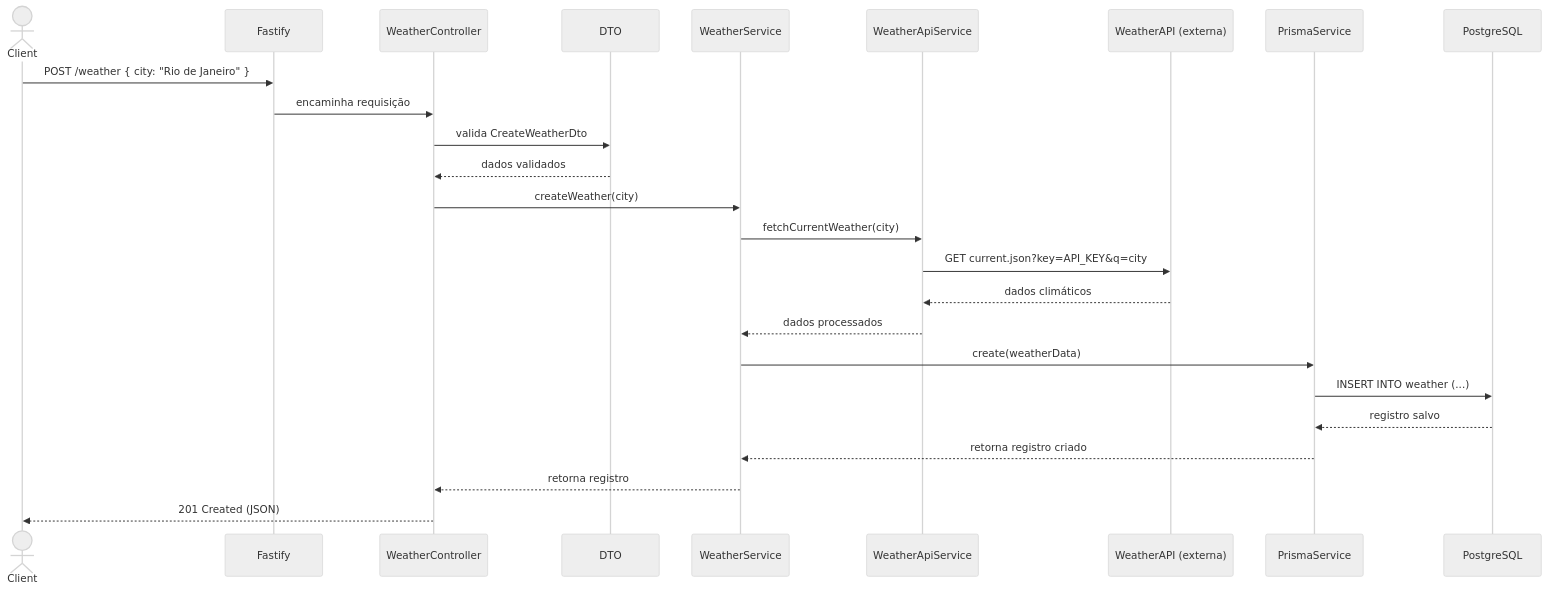
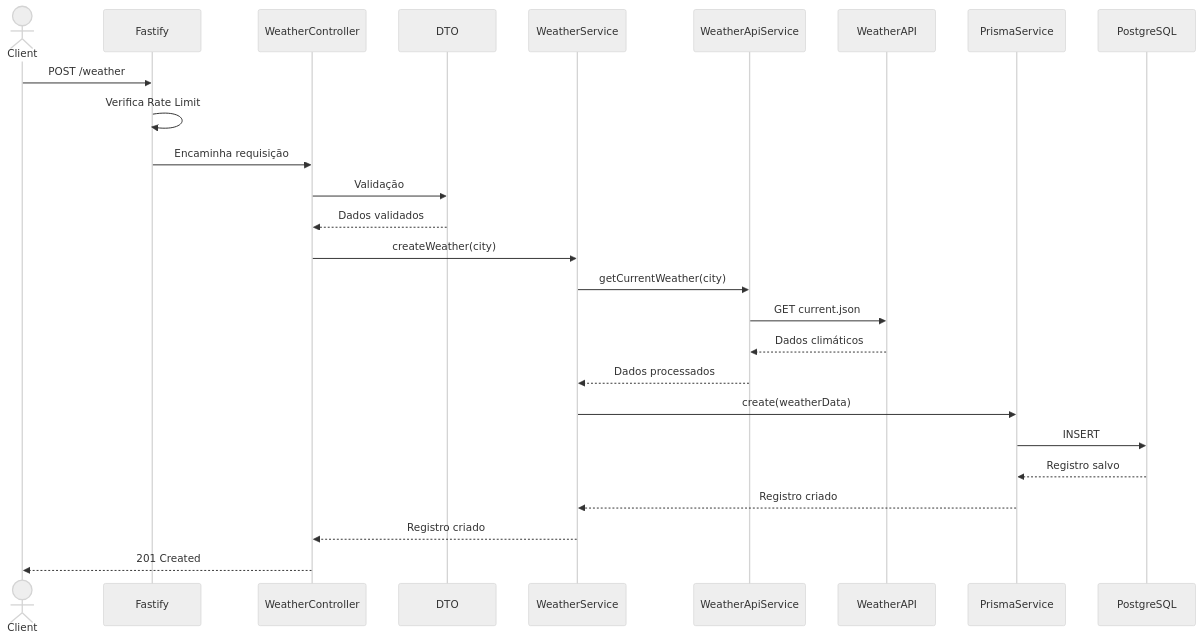
One commit to joao-victor-ferreira/weather-integration-api changed the first of 2 diagrams in README.md. Above: the diagram before and after it, drawn with Mermaid (neutral theme). The commit also changed 6 other files, not shown here.

````diff
--- a/README.md
+++ b/README.md
@@ -64,28 +64,29 @@
 ```mermaid
 sequenceDiagram
     actor Client
     participant Fastify
     participant Controller as WeatherController
-    participant DTO
+    participant DTO as DTO
     participant Service as WeatherService
     participant ApiService as WeatherApiService
-    participant WeatherAPI as WeatherAPI (externa)
+    participant WeatherAPI as WeatherAPI
     participant Prisma as PrismaService
     participant DB as PostgreSQL
 
-    Client->>Fastify: POST /weather { city: "Rio de Janeiro" }
-    Fastify->>Controller: encaminha requisição
-    Controller->>DTO: valida CreateWeatherDto
-    DTO-->>Controller: dados validados
+    Client->>Fastify: POST /weather
+    Fastify->>Fastify: Verifica Rate Limit
+    Fastify->>Controller: Encaminha requisição
+    Controller->>DTO: Validação
+    DTO-->>Controller: Dados validados
     Controller->>Service: createWeather(city)
-    Service->>ApiService: fetchCurrentWeather(city)
-    ApiService->>WeatherAPI: GET current.json?key=API_KEY&q=city
-    WeatherAPI-->>ApiService: dados climáticos
-    ApiService-->>Service: dados processados
+    Service->>ApiService: getCurrentWeather(city)
+    ApiService->>WeatherAPI: GET current.json
+    WeatherAPI-->>ApiService: Dados climáticos
+    ApiService-->>Service: Dados processados
     Service->>Prisma: create(weatherData)
-    Prisma->>DB: INSERT INTO weather (...)
-    DB-->>Prisma: registro salvo
-    Prisma-->>Service: retorna registro criado
-    Service-->>Controller: retorna registro
-    Controller-->>Client: 201 Created (JSON)
+    Prisma->>DB: INSERT
+    DB-->>Prisma: Registro salvo
+    Prisma-->>Service: Registro criado
+    Service-->>Controller: Registro criado
+    Controller-->>Client: 201 Created
 ```
````
